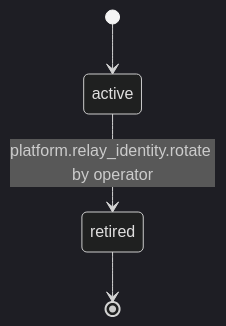
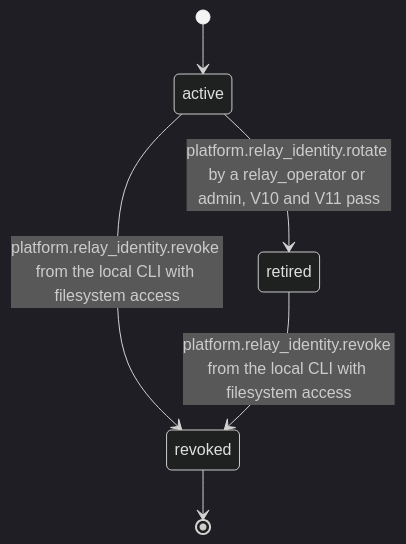
One commit to djshellshoxxx/CLASSifiedisRUPTed changed the second of 2 diagrams in 15_Platform/02_backend/mod_relays/workflow_state_machine.md. Above: the diagram before and after it, drawn with Mermaid (dark theme). The commit also changed other lines of this file and 108 other files, not shown here.

````diff
--- a/15_Platform/02_backend/mod_relays/workflow_state_machine.md
+++ b/15_Platform/02_backend/mod_relays/workflow_state_machine.md
@@ -44,6 +46,8 @@
 ```mermaid
 stateDiagram-v2
   [*] --> active
-  active --> retired: platform.relay_identity.rotate by operator
-  retired --> [*]
+  active --> retired: platform.relay_identity.rotate by a relay_operator or admin, V10 and V11 pass
+  active --> revoked: platform.relay_identity.revoke from the local CLI with filesystem access
+  retired --> revoked: platform.relay_identity.revoke from the local CLI with filesystem access
+  revoked --> [*]
 ```
````
